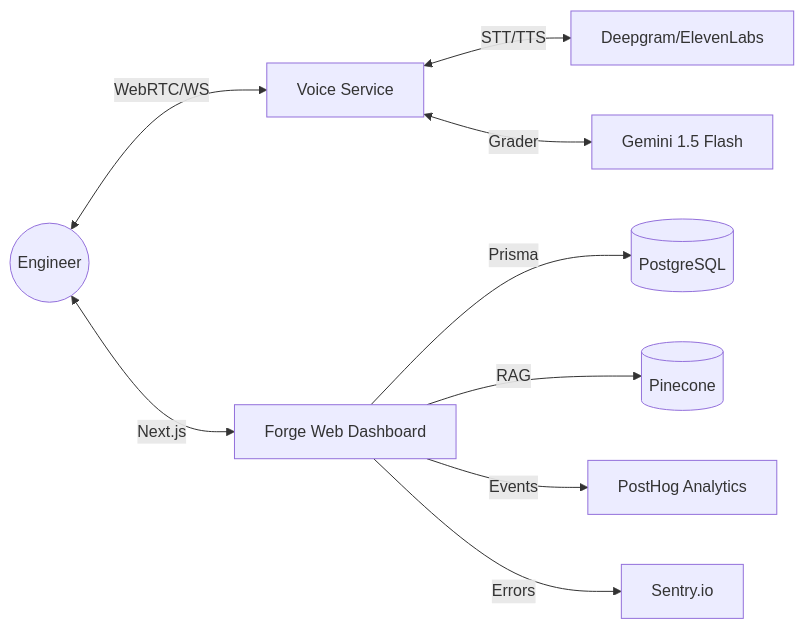
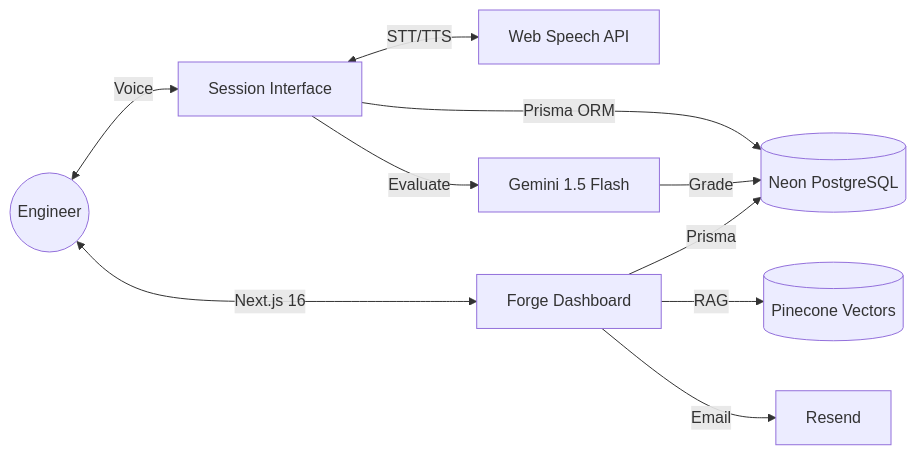
Before and after one commit to harshmriduhash/Interviewforge-ai: the diagram in README.md, drawn with Mermaid. The commit also changed other lines of this file, not shown here.

````diff
--- a/README.md
+++ b/README.md
@@ -56,12 +43,14 @@
 ```mermaid
 graph LR
-    User((Engineer)) <-->|WebRTC/WS| VS[Voice Service]
-    VS <-->|STT/TTS| CloudAI[Deepgram/ElevenLabs]
-    VS <-->|Grader| Gemini[Gemini 1.5 Flash]
+    User((Engineer)) <-->|Voice| Session[Session Interface]
+    Session <-->|STT/TTS| SpeechAPI[Web Speech API]
+    Session -->|Evaluate| Gemini[Gemini 1.5 Flash]
     
-    User <-->|Next.js| WebApp[Forge Web Dashboard]
-    WebApp -->|Prisma| PG[(PostgreSQL)]
-    WebApp -->|RAG| PC[(Pinecone)]
-    WebApp -->|Events| PH[PostHog Analytics]
-    WebApp -->|Errors| Sentry[Sentry.io]
+    Session -->|Prisma ORM| DB[(Neon PostgreSQL)]
+    Gemini -->|Grade| DB
+    
+    User <-->|Next.js 16| Dashboard[Forge Dashboard]
+    Dashboard -->|Prisma| DB
+    Dashboard -->|RAG| Pinecone[(Pinecone Vectors)]
+    Dashboard -->|Email| Resend[Resend]
 ```
````
